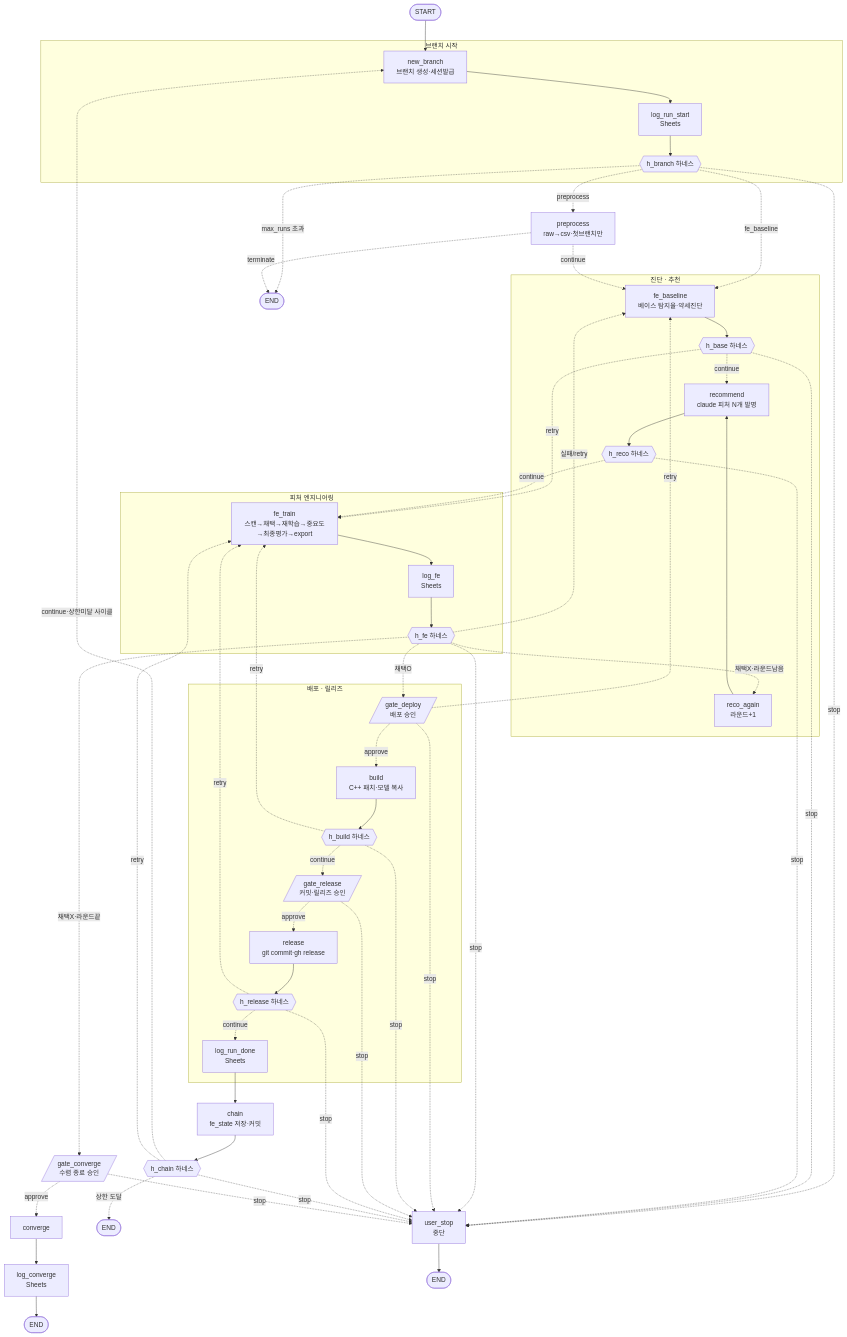
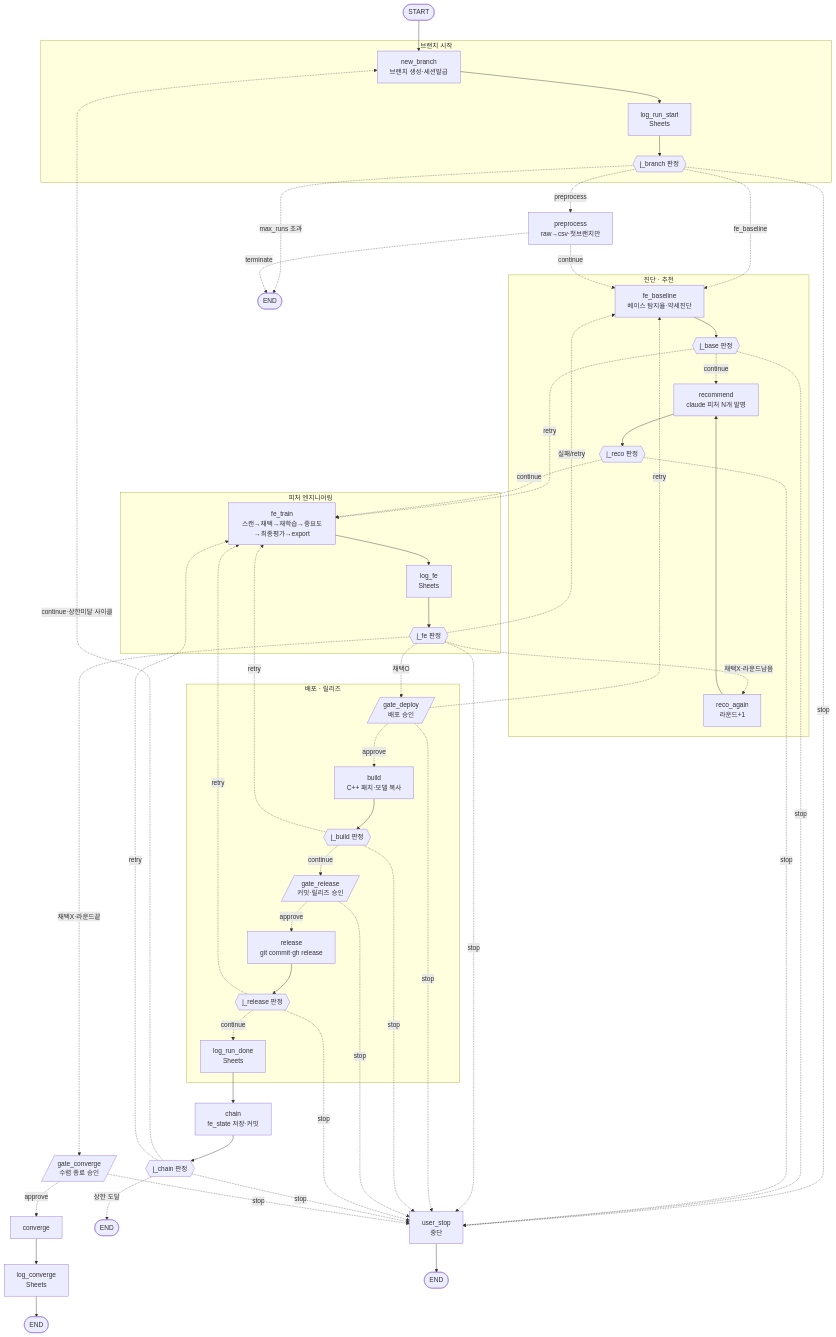
Before and after one commit to JB-Pirate-King/JB-Pirate-King: the first of 2 diagrams in ml/PIPELINE.md, drawn with Mermaid. The commit also changed other lines of this file and 6 other files, not shown here.

````diff
--- a/ml/PIPELINE.md
+++ b/ml/PIPELINE.md
@@ -103,66 +103,66 @@
 ```mermaid
 flowchart TD
     START([START]) --> new_branch
 
     subgraph BRANCH_INIT[브랜치 시작]
         new_branch[new_branch<br/>브랜치 생성·세션발급] --> log_run_start[log_run_start<br/>Sheets]
-        log_run_start --> h_branch{{h_branch 하네스}}
+        log_run_start --> j_branch{{j_branch 판정}}
     end
 
-    h_branch -.->|preprocess| preprocess[preprocess<br/>raw→csv·첫브랜치만]
-    h_branch -.->|fe_baseline| fe_baseline
-    h_branch -.->|stop| user_stop
-    h_branch -.->|max_runs 초과| END1([END])
+    j_branch -.->|preprocess| preprocess[preprocess<br/>raw→csv·첫브랜치만]
+    j_branch -.->|fe_baseline| fe_baseline
+    j_branch -.->|stop| user_stop
+    j_branch -.->|max_runs 초과| END1([END])
     preprocess -.->|continue| fe_baseline
     preprocess -.->|terminate| END1
 
     subgraph DIAGNOSE_RECO[진단 · 추천]
-        fe_baseline[fe_baseline<br/>베이스 탐지율·약세진단] --> h_base{{h_base 하네스}}
-        h_base -.->|continue| recommend[recommend<br/>claude 피처 N개 발명]
-        recommend --> h_reco{{h_reco 하네스}}
+        fe_baseline[fe_baseline<br/>베이스 탐지율·약세진단] --> j_base{{j_base 판정}}
+        j_base -.->|continue| recommend[recommend<br/>claude 피처 N개 발명]
+        recommend --> j_reco{{j_reco 판정}}
         reco_again[reco_again<br/>라운드+1] --> recommend
     end
-    h_base -.->|retry| fe_train
-    h_base -.->|stop| user_stop
-    h_reco -.->|continue| fe_train
-    h_reco -.->|stop| user_stop
+    j_base -.->|retry| fe_train
+    j_base -.->|stop| user_stop
+    j_reco -.->|continue| fe_train
+    j_reco -.->|stop| user_stop
 
     subgraph FE[피처 엔지니어링]
         fe_train[fe_train<br/>스캔→채택→재학습→중요도→최종평가→export] --> log_fe[log_fe<br/>Sheets]
-        log_fe --> h_fe{{h_fe 하네스}}
+        log_fe --> j_fe{{j_fe 판정}}
     end
 
-    h_fe -.->|채택O| gate_deploy
-    h_fe -.->|채택X·라운드남음| reco_again
-    h_fe -.->|채택X·라운드끝| gate_converge
-    h_fe -.->|실패/retry| fe_baseline
-    h_fe -.->|stop| user_stop
+    j_fe -.->|채택O| gate_deploy
+    j_fe -.->|채택X·라운드남음| reco_again
+    j_fe -.->|채택X·라운드끝| gate_converge
+    j_fe -.->|실패/retry| fe_baseline
+    j_fe -.->|stop| user_stop
 
     subgraph DEPLOY[배포 · 릴리즈]
         gate_deploy[/gate_deploy<br/>배포 승인/] -.->|approve| build[build<br/>C++ 패치·모델 복사]
-        build --> h_build{{h_build 하네스}}
-        h_build -.->|continue| gate_release[/gate_release<br/>커밋·릴리즈 승인/]
+        build --> j_build{{j_build 판정}}
+        j_build -.->|continue| gate_release[/gate_release<br/>커밋·릴리즈 승인/]
         gate_release -.->|approve| release[release<br/>git commit·gh release]
-        release --> h_release{{h_release 하네스}}
-        h_release -.->|continue| log_run_done[log_run_done<br/>Sheets]
+        release --> j_release{{j_release 판정}}
+        j_release -.->|continue| log_run_done[log_run_done<br/>Sheets]
     end
     gate_deploy -.->|retry| fe_baseline
     gate_deploy -.->|stop| user_stop
-    h_build -.->|retry| fe_train
-    h_build -.->|stop| user_stop
+    j_build -.->|retry| fe_train
+    j_build -.->|stop| user_stop
     gate_release -.->|stop| user_stop
-    h_release -.->|retry| fe_train
-    h_release -.->|stop| user_stop
+    j_release -.->|retry| fe_train
+    j_release -.->|stop| user_stop
 
     log_run_done --> chain[chain<br/>fe_state 저장·커밋]
-    chain --> h_chain{{h_chain 하네스}}
-    h_chain -.->|continue·상한미달 사이클| new_branch
-    h_chain -.->|상한 도달| END4([END])
-    h_chain -.->|retry| fe_train
-    h_chain -.->|stop| user_stop
+    chain --> j_chain{{j_chain 판정}}
+    j_chain -.->|continue·상한미달 사이클| new_branch
+    j_chain -.->|상한 도달| END4([END])
+    j_chain -.->|retry| fe_train
+    j_chain -.->|stop| user_stop
 
     gate_converge[/gate_converge<br/>수렴 종료 승인/] -.->|approve| converge[converge]
     gate_converge -.->|stop| user_stop
     converge --> log_converge[log_converge<br/>Sheets] --> END2([END])
     user_stop[user_stop<br/>중단] --> END3([END])
 ```
````
